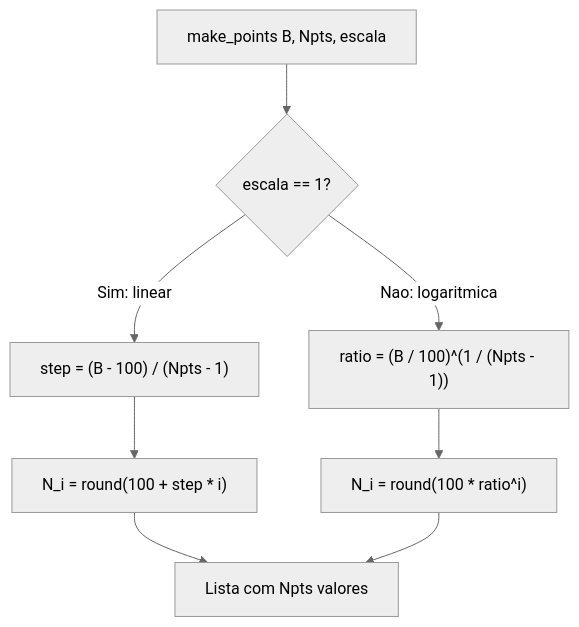
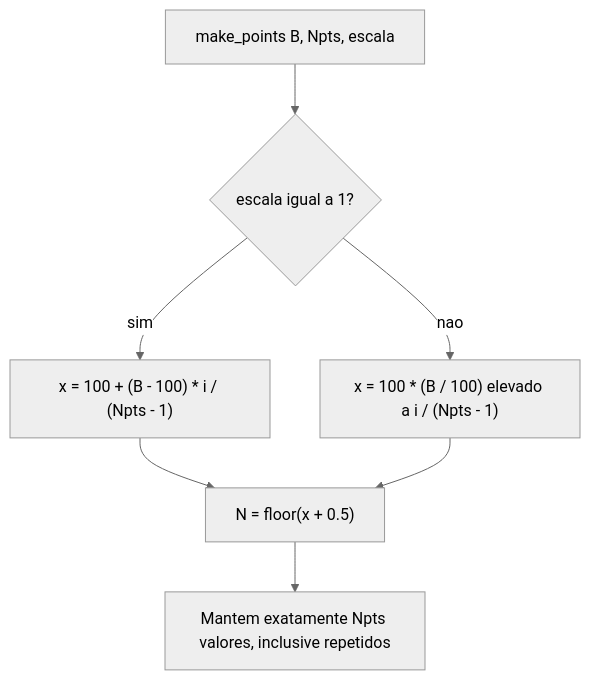
One commit to Lucas-Sperotto/matrix-multiplication-benchmark changed the seventh of 16 diagrams in docs/DIAGRAMS.md. Above: the diagram before and after it, drawn with Mermaid (neutral theme). The commit also changed other lines of this file, not shown here.

Commit message:
docs: corrige diagramas Mermaid e atualiza fluxo de preflight

````diff
--- a/docs/DIAGRAMS.md
+++ b/docs/DIAGRAMS.md
@@ -266,10 +281,9 @@
 ```mermaid
 flowchart TD
-    A[make_points B, Npts, escala] --> B{escala == 1?}
-    B -->|Sim: linear| C["step = (B - 100) / (Npts - 1)"]
-    C --> D["N_i = round(100 + step * i)"]
-    B -->|Nao: logaritmica| E["ratio = (B / 100)^(1 / (Npts - 1))"]
-    E --> F["N_i = round(100 * ratio^i)"]
-    D --> G[Lista com Npts valores]
-    F --> G
+    A["make_points B, Npts, escala"] --> B{"escala igual a 1?"}
+    B -- sim --> C["x = 100 + (B - 100) * i / (Npts - 1)"]
+    B -- nao --> D["x = 100 * (B / 100) elevado a i / (Npts - 1)"]
+    C --> E["N = floor(x + 0.5)"]
+    D --> E
+    E --> F["Mantem exatamente Npts valores, inclusive repetidos"]
 ```
````
